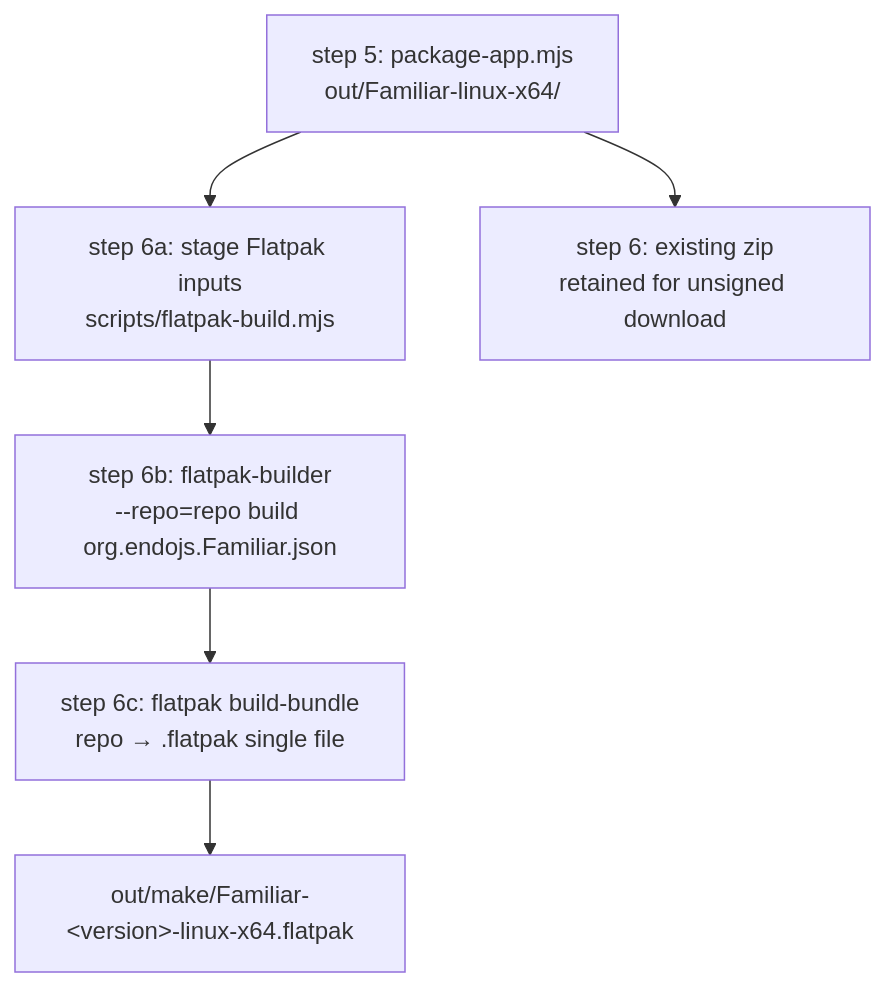
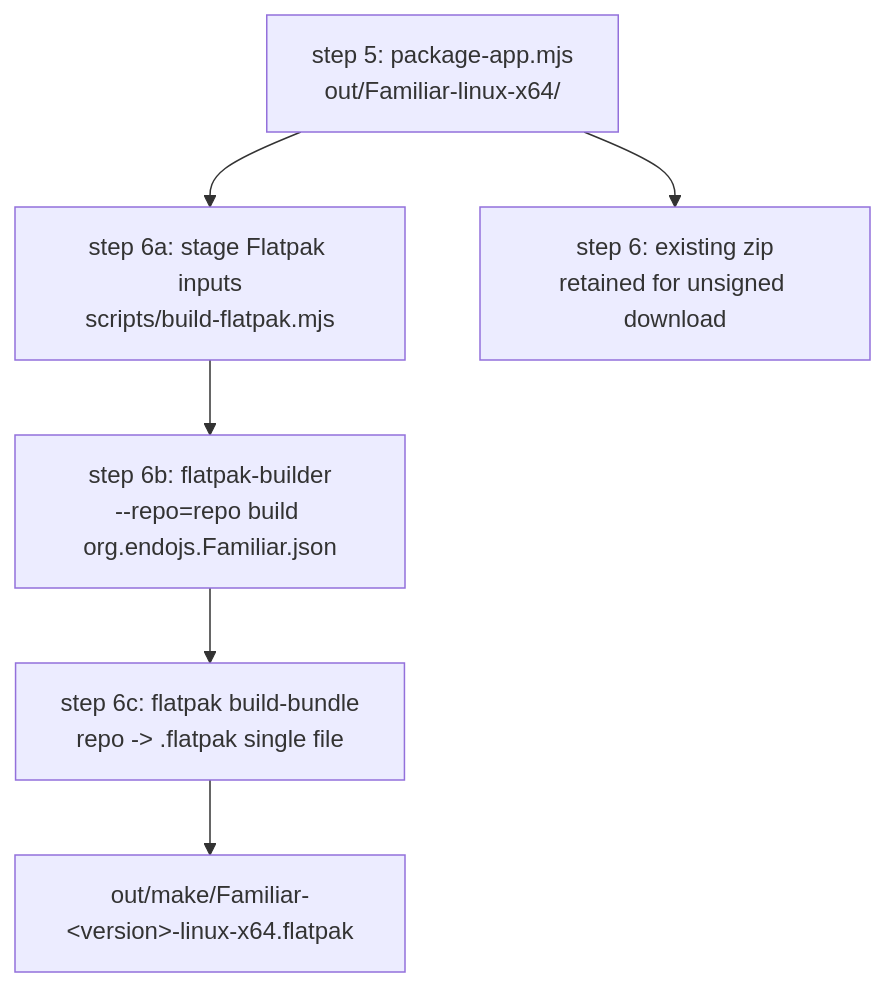
One commit to endojs/endo-but-for-bots changed the diagram in designs/familiar-flatpak-pipeline.md. Above: the diagram before and after it, drawn with Mermaid. The commit also changed other lines of this file and 1 other file, not shown here.

First line of the commit message:
design(familiar-flatpak-pipeline): address panel round 1 must-fix

````diff
--- a/designs/familiar-flatpak-pipeline.md
+++ b/designs/familiar-flatpak-pipeline.md
@@ -65,9 +88,9 @@
 ```mermaid
 flowchart TD
   P[step 5: package-app.mjs<br/>out/Familiar-linux-x64/] --> A
-  A[step 6a: stage Flatpak inputs<br/>scripts/flatpak-build.mjs] --> B
+  A[step 6a: stage Flatpak inputs<br/>scripts/build-flatpak.mjs] --> B
   B[step 6b: flatpak-builder<br/>--repo=repo build org.endojs.Familiar.json] --> C
-  C[step 6c: flatpak build-bundle<br/>repo &rarr; .flatpak single file] --> D
+  C[step 6c: flatpak build-bundle<br/>repo -> .flatpak single file] --> D
   D[out/make/Familiar-&lt;version&gt;-linux-x64.flatpak]
   P --> Z[step 6: existing zip<br/>retained for unsigned download]
 ```
````
